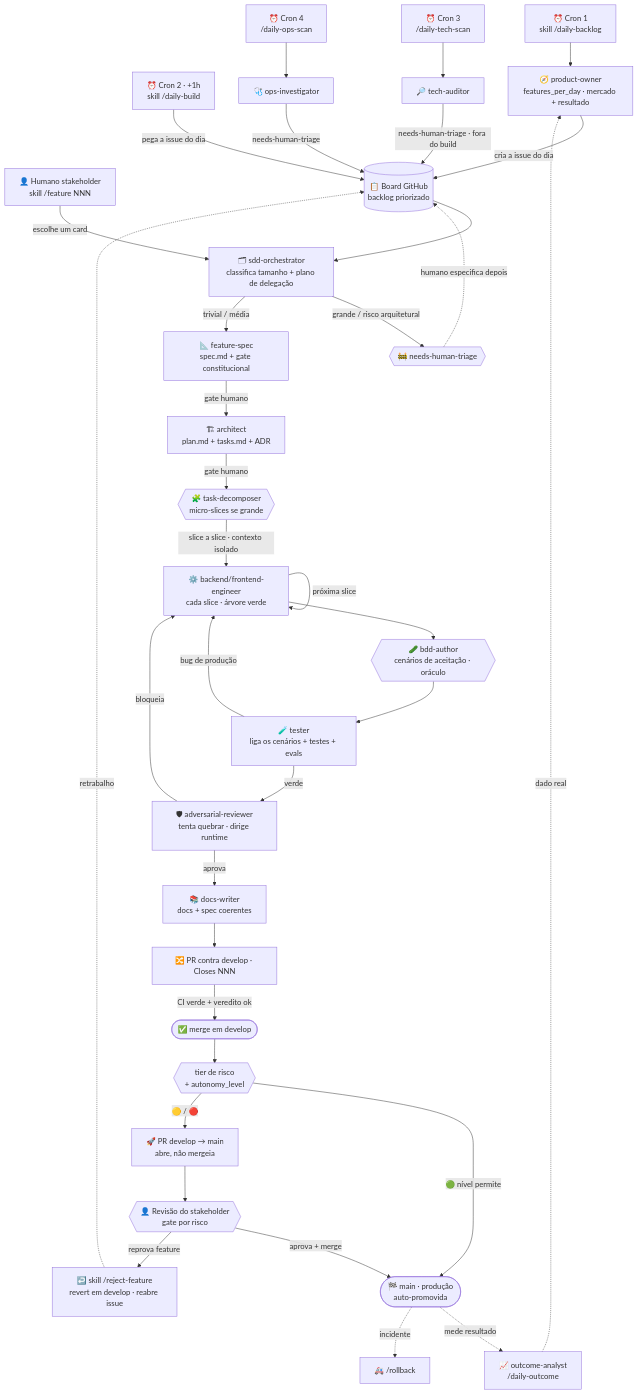
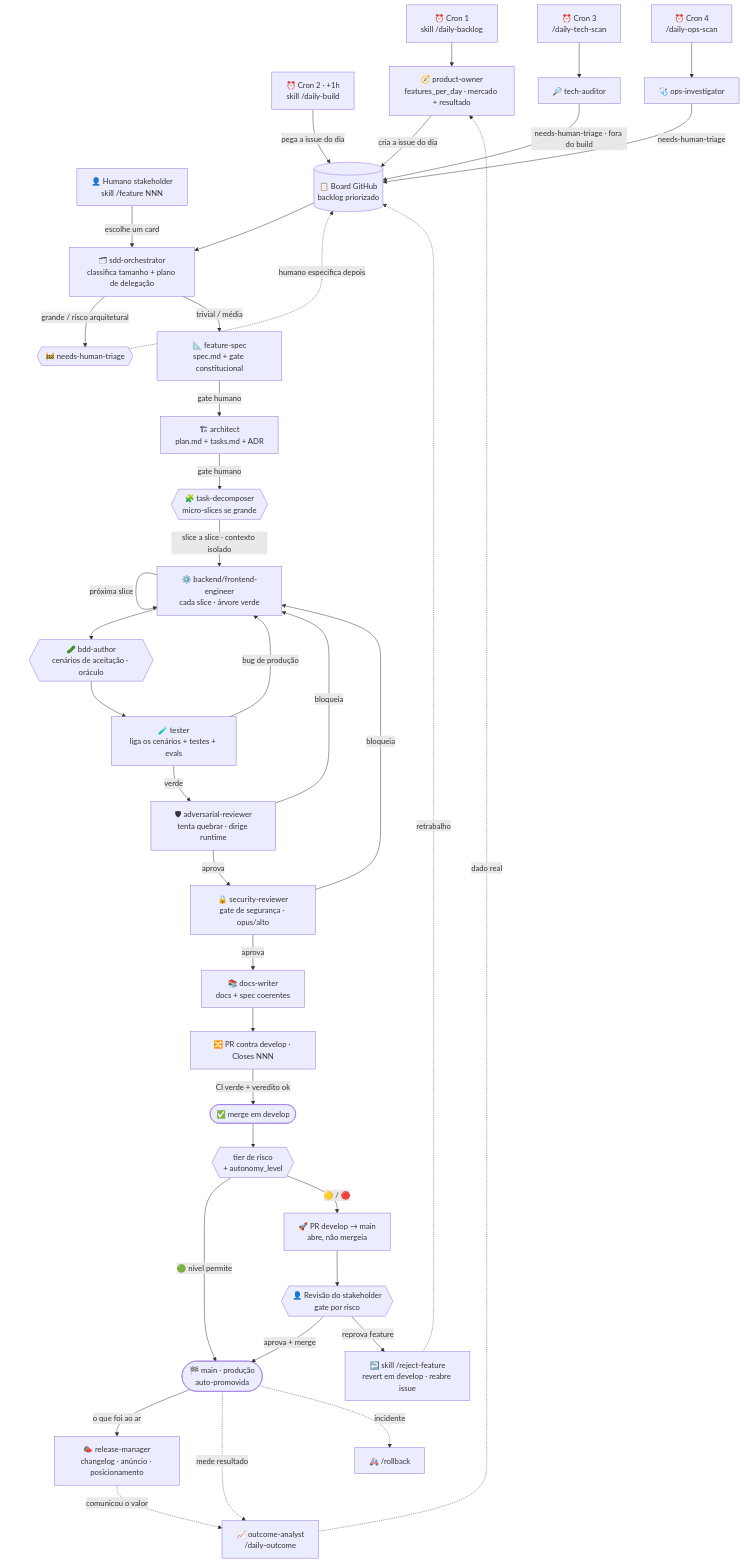
One commit to celfons/ai-first changed the diagram in docs/roster.md. Above: the diagram before and after it, drawn with Mermaid. The commit also changed other lines of this file and 4 other files, not shown here.

First line of the commit message:
feat(roster): adiciona security-reviewer e release-manager à squad

````diff
--- a/docs/roster.md
+++ b/docs/roster.md
@@ -48,50 +51,54 @@
 ```mermaid
 flowchart TD
   CRONA["⏰ Cron 1<br/>skill /daily-backlog"]
   CRONB["⏰ Cron 2 · +1h<br/>skill /daily-build"]
   HUMAN["👤 Humano stakeholder<br/>skill /feature NNN"]
 
   CRONA --> PO["🧭 product-owner<br/>features_per_day · mercado + resultado"]
   PO -->|"cria a issue do dia"| BOARD[("📋 Board GitHub<br/>backlog priorizado")]
   CRONB -->|"pega a issue do dia"| BOARD
   BOARD --> ORCH
   HUMAN -->|"escolhe um card"| ORCH
 
   ORCH["🗂 sdd-orchestrator<br/>classifica tamanho + plano de delegação"]
   ORCH -->|"grande / risco arquitetural"| TRIAGE{{"🚧 needs-human-triage"}}
   ORCH -->|"trivial / média"| SPEC
 
   SPEC["📐 feature-spec<br/>spec.md + gate constitucional"] -->|"gate humano"| ARCH
   ARCH["🏗 architect<br/>plan.md + tasks.md + ADR"] -->|"gate humano"| DEC
   DEC{{"🧩 task-decomposer<br/>micro-slices se grande"}} -->|"slice a slice · contexto isolado"| BE
   BE["⚙️ backend/frontend-engineer<br/>cada slice · árvore verde"] -->|"próxima slice"| BE
   BE --> BDD
   BDD{{"🥒 bdd-author<br/>cenários de aceitação · oráculo"}} --> TEST
   TEST["🧪 tester<br/>liga os cenários + testes + evals"]
   TEST -->|"bug de produção"| BE
   TEST -->|"verde"| ADV["🛡 adversarial-reviewer<br/>tenta quebrar · dirige runtime"]
   ADV -->|"bloqueia"| BE
-  ADV -->|"aprova"| DOCS["📚 docs-writer<br/>docs + spec coerentes"]
+  ADV -->|"aprova"| SEC["🔒 security-reviewer<br/>gate de segurança · opus/alto"]
+  SEC -->|"bloqueia"| BE
+  SEC -->|"aprova"| DOCS["📚 docs-writer<br/>docs + spec coerentes"]
   DOCS --> PRDEV["🔀 PR contra develop · Closes NNN"]
 
   PRDEV -->|"CI verde + veredito ok"| MERGEDEV(["✅ merge em develop"])
   MERGEDEV --> TIER{{"tier de risco<br/>+ autonomy_level"}}
   TIER -->|"🟢 nível permite"| PROD(["🏁 main · produção<br/>auto-promovida"])
   TIER -->|"🟡 / 🔴"| PROM["🚀 PR develop → main<br/>abre, não mergeia"]
   PROM --> REVIEW{{"👤 Revisão do stakeholder<br/>gate por risco"}}
   REVIEW -->|"aprova + merge"| PROD
   REVIEW -->|"reprova feature"| REJECT["↩️ skill /reject-feature<br/>revert em develop · reabre issue"]
+  PROD -->|"o que foi ao ar"| REL["📣 release-manager<br/>changelog · anúncio · posicionamento"]
+  REL -.->|"comunicou o valor"| OUT
   PROD -.->|"mede resultado"| OUT["📈 outcome-analyst<br/>/daily-outcome"]
   OUT -.->|"dado real"| PO
   PROD -.->|"incidente"| ROLL["🚑 /rollback"]
 
   REJECT -.->|"retrabalho"| BOARD
   TRIAGE -.->|"humano especifica depois"| BOARD
 
   CRONC["⏰ Cron 3<br/>/daily-tech-scan"]
   CRONC --> TA["🔎 tech-auditor"]
   TA -->|"needs-human-triage · fora do build"| BOARD
   CROND["⏰ Cron 4<br/>/daily-ops-scan"]
   CROND --> OI["🩺 ops-investigator"]
   OI -->|"needs-human-triage"| BOARD
 ```
````
